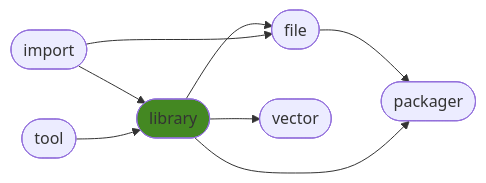
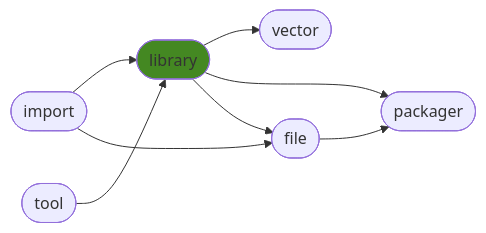
Before and after one commit to ManderaGeneral/generallibrary: the diagram in README.md, drawn with Mermaid. The commit also changed other lines of this file, not shown here.

````diff
--- a/README.md
+++ b/README.md
@@ -24,17 +24,17 @@
 ```mermaid
 flowchart LR
+0([import]) --> 2([library])
+0([import]) --> 3([file])
 2([library]) --> 4([vector])
-0([import]) --> 2([library])
+2([library]) --> 5([packager])
+1([tool]) --> 2([library])
+3([file]) --> 5([packager])
 2([library]) --> 3([file])
-3([file]) --> 5([packager])
-1([tool]) --> 2([library])
-0([import]) --> 3([file])
-2([library]) --> 5([packager])
 click 0 "https://github.com/ManderaGeneral/generalimport"
 click 1 "https://github.com/ManderaGeneral/generaltool"
 click 2 "https://github.com/ManderaGeneral/generallibrary"
 click 3 "https://github.com/ManderaGeneral/generalfile"
 click 4 "https://github.com/ManderaGeneral/generalvector"
 click 5 "https://github.com/ManderaGeneral/generalpackager"
 style 2 fill:#482
 ```
````
